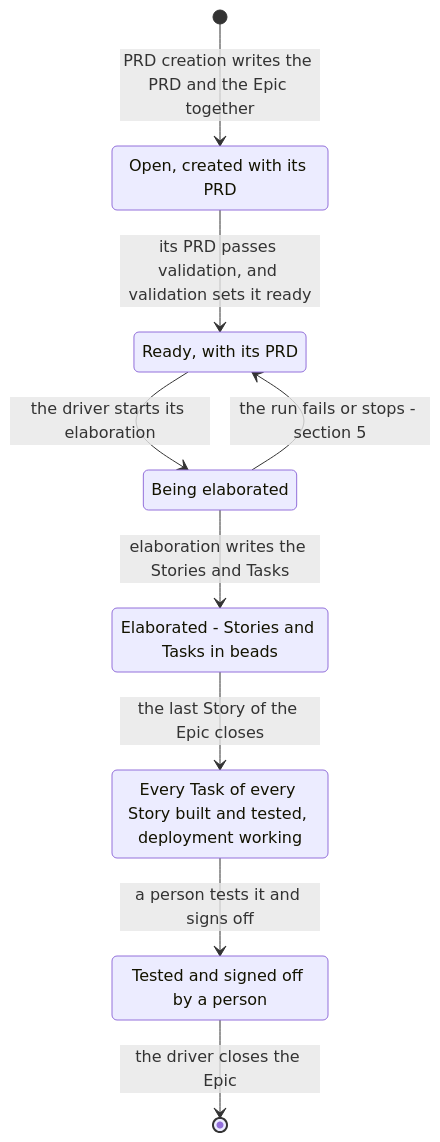
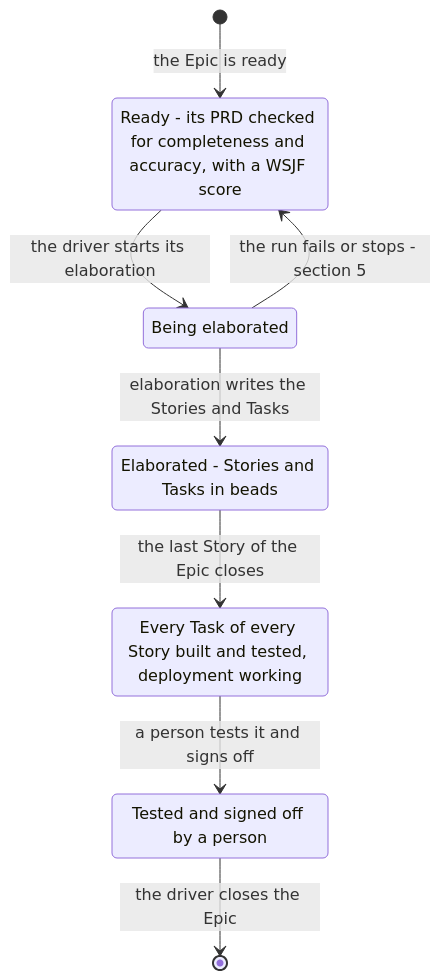
Before and after one commit to mark-satterfield/toolset: the fourth of 8 diagrams in plugins/agent-teams-workforce/blueprint/design/pipelines-driver.md, drawn with Mermaid. The commit also changed other lines of this file and 1 other file, not shown here.

First line of the commit message:
docs(blueprint): draw keeper and supervisor from their code and start the driver at a ready Epic

````diff
--- a/plugins/agent-teams-workforce/blueprint/design/pipelines-driver.md
+++ b/plugins/agent-teams-workforce/blueprint/design/pipelines-driver.md
@@ -227,17 +287,15 @@
 ```mermaid
 stateDiagram-v2
-    state "Open, created with its PRD" as eOpen
-    state "Ready, with its PRD" as eReady
+    state "Ready - its PRD checked for completeness and accuracy, with a WSJF score" as eReady
     state "Being elaborated" as eElab
     state "Elaborated - Stories and Tasks in beads" as eDone
     state "Every Task of every Story built and tested, deployment working" as eBuilt
     state "Tested and signed off by a person" as eSigned
-    [*] --> eOpen: PRD creation writes the PRD and the Epic together
-    eOpen --> eReady: its PRD passes validation, and validation sets it ready
+    [*] --> eReady: the Epic is ready
     eReady --> eElab: the driver starts its elaboration
     eElab --> eDone: elaboration writes the Stories and Tasks
     eElab --> eReady: the run fails or stops - section 5
     eDone --> eBuilt: the last Story of the Epic closes
     eBuilt --> eSigned: a person tests it and signs off
     eSigned --> [*]: the driver closes the Epic
 ```
````
